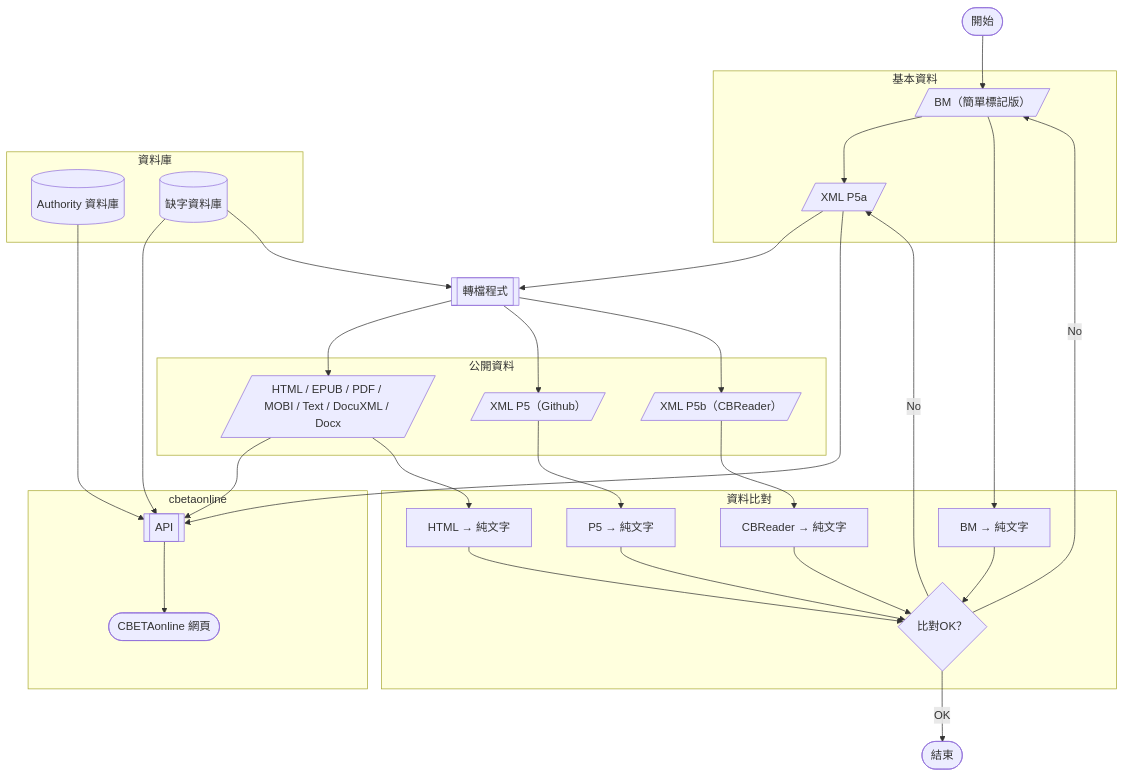
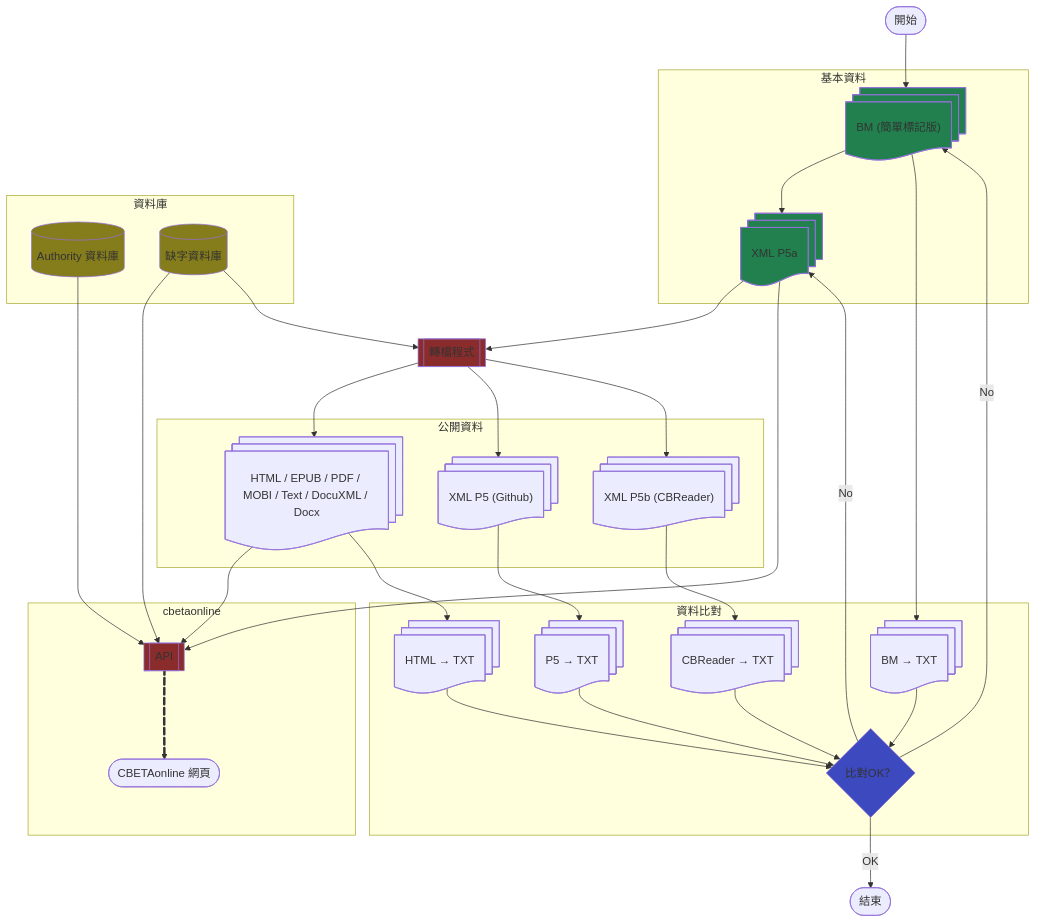
The diagram in README.md (DILA-edu/cbeta-documentation), drawn with Mermaid before and after one commit.

````diff
--- a/README.md
+++ b/README.md
@@ -10,64 +10,67 @@
 ```mermaid
-
 flowchart TD
 
   Start(["開始"])
 
   subgraph 基本資料
-    BM[/"BM（簡單標記版）"/]
-    XMLP5a[/"XML P5a"/]
+    BM:::green@{ shape: docs, label: "BM (簡單標記版)"}
+    XMLP5a:::green@{ shape: docs, label: "XML P5a"}
+    classDef green fill:#21804e
   end
 
   subgraph 資料庫
-    Authority[("Authority 資料庫")]
-    Missing[("缺字資料庫")]
+    Authority[("Authority 資料庫")]:::yellow
+    Missing[("缺字資料庫")]:::yellow
+    classDef yellow fill:#857c1b
   end
 
-  Transform[["轉檔程式"]]
-  
+  Transform[["轉檔程式"]]:::red
+  classDef red fill:#8b2c2c
 
   subgraph 公開資料
-    Output[/"HTML / EPUB / PDF / MOBI / Text / DocuXML / Docx"/]
-    XMLP5[/"XML P5（Github）"/]
-    XMLP5b[/"XML P5b（CBReader）"/]
+    Output@{ shape: docs, label: "HTML / EPUB / PDF / MOBI / Text / DocuXML / Docx"}
+    XMLP5@{ shape: docs, label: "XML P5 (Github)"}
+    XMLP5b@{ shape: docs, label: "XML P5b (CBReader)"}
   end
 
   subgraph 資料比對
-    HTMLText["HTML → 純文字"]
-    BMText["BM → 純文字"]
-    P5Text["P5 → 純文字"]
-    CBRText["CBReader → 純文字"]
-    Compare{"比對OK？"}
+    HTMLText@{ shape: docs, label: "HTML → TXT"}
+    BMText@{ shape: docs, label: "BM → TXT"}
+    P5Text@{ shape: docs, label: "P5 → TXT"}
+    CBRText@{ shape: docs, label: "CBReader → TXT"}
+    Compare{"比對OK？"}:::blue
+    classDef blue fill:#3d49be
   end
 
   subgraph cbetaonline
-    API[["API"]]
+    API[["API"]]:::red
     Online(["CBETAonline 網頁"])
   end
 
   END(["結束"])
 
   %% === 資料流程 ===
   Start --> BM --> XMLP5a
 
   XMLP5a --> Transform
   XMLP5a --> API
   Missing --> API
   Missing --> Transform
   Authority --> API
 
   Transform --> Output
   Transform --> XMLP5
   Transform --> XMLP5b
 
-  Output --> API --> Online
+  Output --> API e1@==> Online
+  e1@{ animate: true }
   
   BM --> BMText --> Compare
   XMLP5 --> P5Text --> Compare
   Output --> HTMLText --> Compare
   XMLP5b --> CBRText --> Compare
   
   Compare -- No --> BM
   Compare -- No --> XMLP5a
   Compare -- OK --> END
 ```
````
